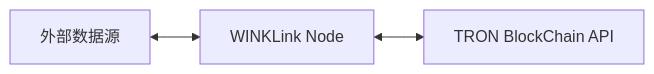
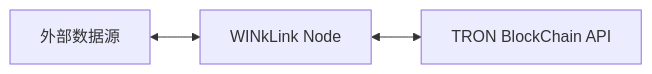
Before and after one commit to wink-link/winklink-doc: the first of 3 diagrams in docs/architecture.md, drawn with Mermaid. The commit also changed other lines of this file and 19438 other files, not shown here.

Commit message:
rename as WINkLink

````diff
--- a/docs/architecture.md
+++ b/docs/architecture.md
@@ -6,4 +6,4 @@
 ```mermaid
 flowchart LR
-    外部数据源 <--> B[WINKLink Node] <--> C[TRON BlockChain API]
+    外部数据源 <--> B[WINkLink Node] <--> C[TRON BlockChain API]
 ```
````
